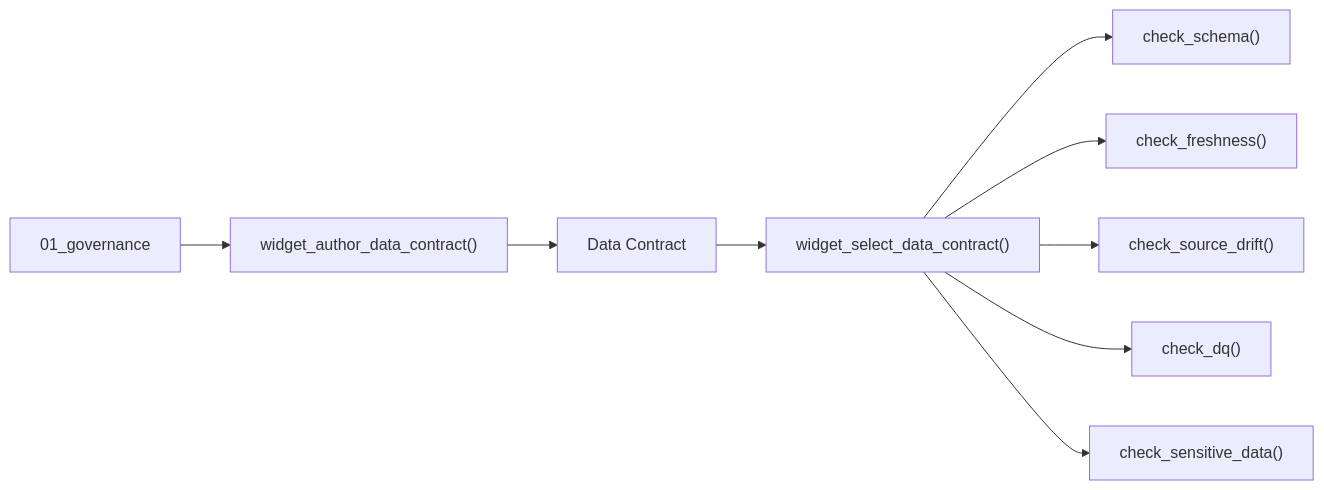
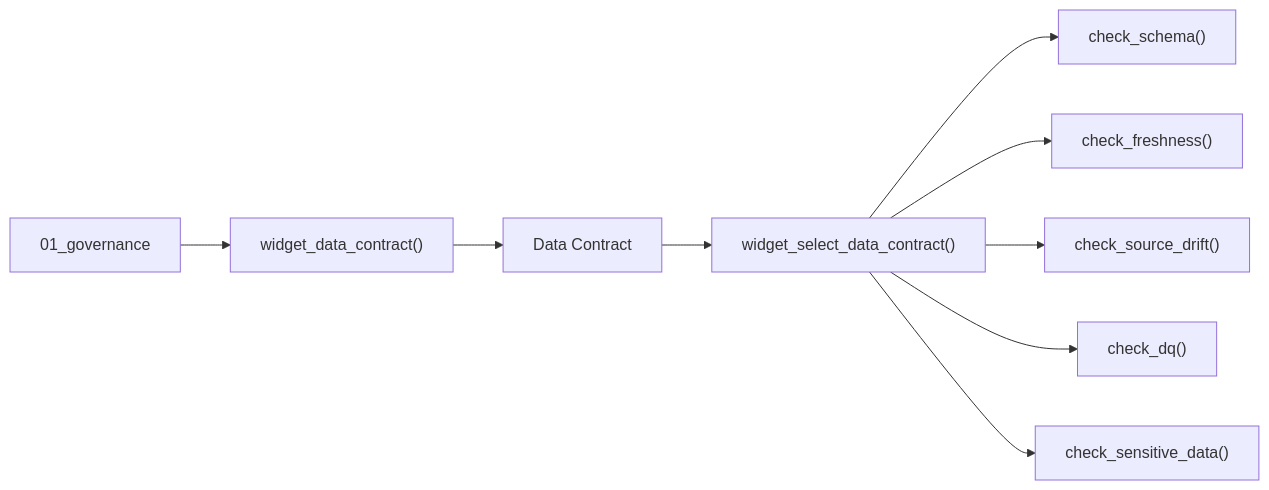
One commit to Voycepeh/FabricOps-Starter-Kit changed the fourth of 5 diagrams in docs/how-fabricops-works.md. Above: the diagram before and after it, drawn with Mermaid. The commit also changed other lines of this file and 33 other files, not shown here.

Commit message:
Redesign Data Contract governance widget (#1367)

````diff
--- a/docs/how-fabricops-works.md
+++ b/docs/how-fabricops-works.md
@@ -206,11 +206,11 @@
 ```mermaid
 flowchart LR
-    GOV["01_governance"] --> AUTHOR["widget_author_data_contract()"]
+    GOV["01_governance"] --> AUTHOR["widget_data_contract()"]
     AUTHOR --> CONTRACT["Data Contract"]
     CONTRACT --> SELECT["widget_select_data_contract()"]
     SELECT --> SCHEMA["check_schema()"]
     SELECT --> FRESH["check_freshness()"]
     SELECT --> STABILITY["check_source_drift()"]
     SELECT --> DQ["check_dq()"]
     SELECT --> SENSITIVE["check_sensitive_data()"]
 ```
````
